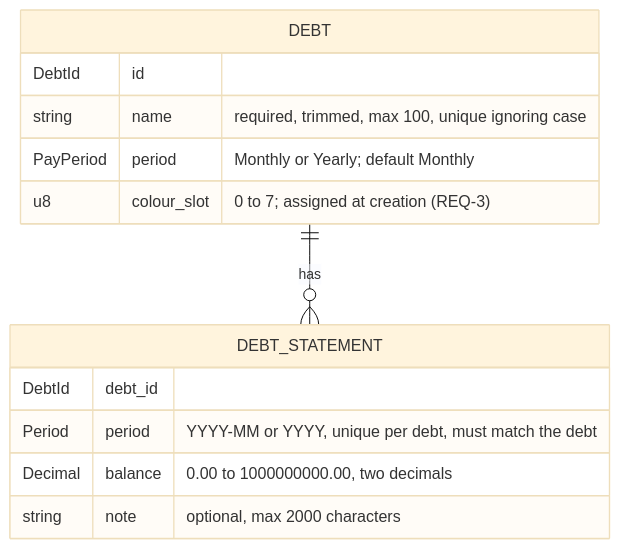
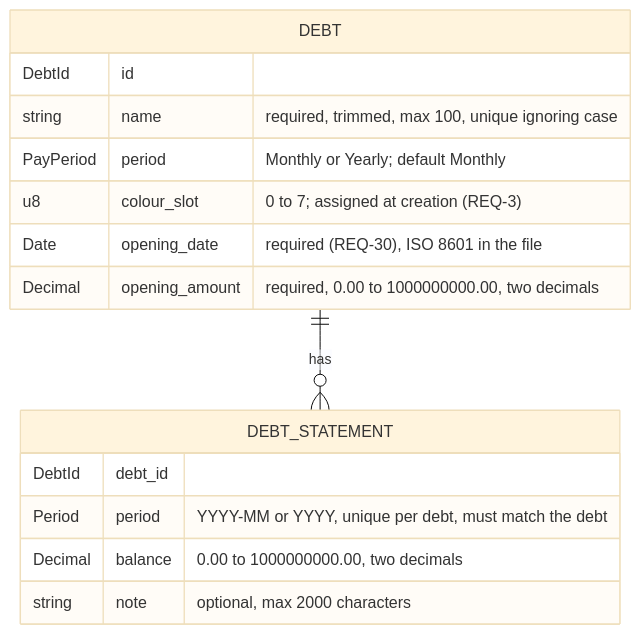
Before and after one commit to BardoelT/varde: the second of 2 diagrams in docs/csd/CSD-011-debts.md, drawn with Mermaid (base theme). The commit also changed other lines of this file and 14 other files, not shown here.

````diff
--- a/docs/csd/CSD-011-debts.md
+++ b/docs/csd/CSD-011-debts.md
@@ -1128,16 +1357,18 @@
 ```mermaid
 erDiagram
     DEBT ||--o{ DEBT_STATEMENT : has
     DEBT {
         DebtId id
         string name "required, trimmed, max 100, unique ignoring case"
         PayPeriod period "Monthly or Yearly; default Monthly"
         u8 colour_slot "0 to 7; assigned at creation (REQ-3)"
+        Date opening_date "required (REQ-30), ISO 8601 in the file"
+        Decimal opening_amount "required, 0.00 to 1000000000.00, two decimals"
     }
     DEBT_STATEMENT {
         DebtId debt_id
         Period period "YYYY-MM or YYYY, unique per debt, must match the debt"
         Decimal balance "0.00 to 1000000000.00, two decimals"
         string note "optional, max 2000 characters"
     }
 ```
````
